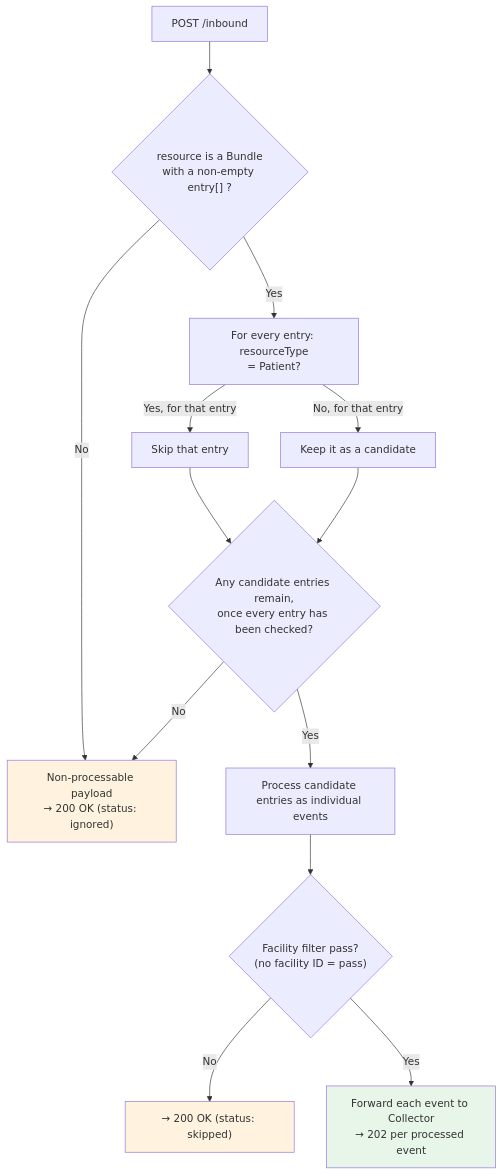
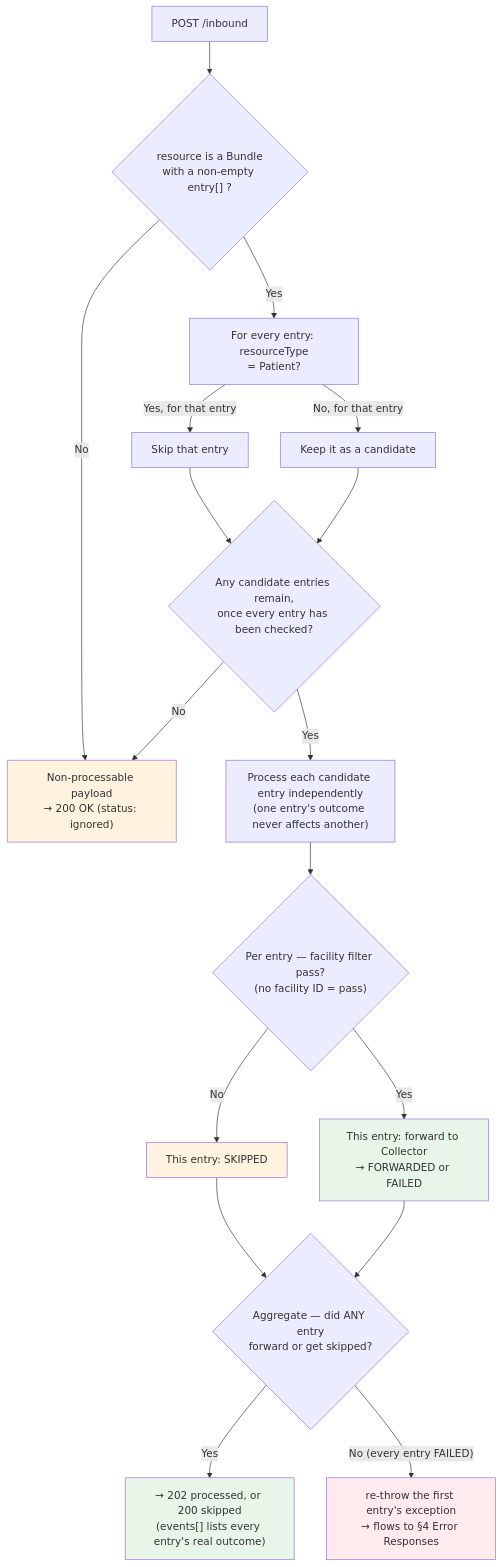
The third of 7 diagrams in docs/flow-diagrams.md (ishashankakkasali/tiberbu-cce-emitter-adaptor), drawn with Mermaid before and after one commit. The commit also changed other lines of this file and 14 other files, not shown here.

````diff
--- a/docs/flow-diagrams.md
+++ b/docs/flow-diagrams.md
@@ -105,22 +123,29 @@
 ```mermaid
 flowchart TD
     A[POST /inbound] --> B{"resource is a Bundle<br/>with a non-empty entry[] ?"}
 
     B -->|No| J["Non-processable payload<br/>→ 200 OK (status: ignored)"]
     B -->|Yes| C["For every entry: resourceType<br/>= Patient?"]
 
     C -->|Yes, for that entry| C1[Skip that entry]
     C -->|No, for that entry| C1b[Keep it as a candidate]
     C1 --> C2{"Any candidate entries remain,<br/>once every entry has been checked?"}
     C1b --> C2
     C2 -->|No| J
-    C2 -->|Yes| D["Process candidate entries as individual events"]
-    D --> E{"Facility filter pass?<br/>(no facility ID = pass)"}
+    C2 -->|Yes| D["Process each candidate entry independently<br/>(one entry's outcome never affects another)"]
+    D --> E{"Per entry — facility filter pass?<br/>(no facility ID = pass)"}
 
-    E -->|No| S["→ 200 OK (status: skipped)"]
-    E -->|Yes| F[Forward each event to Collector<br/>→ 202 per processed event]
+    E -->|No| S["This entry: SKIPPED"]
+    E -->|Yes| F["This entry: forward to Collector<br/>→ FORWARDED or FAILED"]
+
+    S --> G{"Aggregate — did ANY entry<br/>forward or get skipped?"}
+    F --> G
+    G -->|Yes| R["→ 202 processed, or 200 skipped<br/>(events[] lists every entry's real outcome)"]
+    G -->|"No (every entry FAILED)"| X["re-throw the first entry's exception<br/>→ flows to §4 Error Responses"]
 
     style F fill:#e8f5e9
+    style R fill:#e8f5e9
     style S fill:#fff3e0
     style J fill:#fff3e0
+    style X fill:#ffebee
 ```
````
